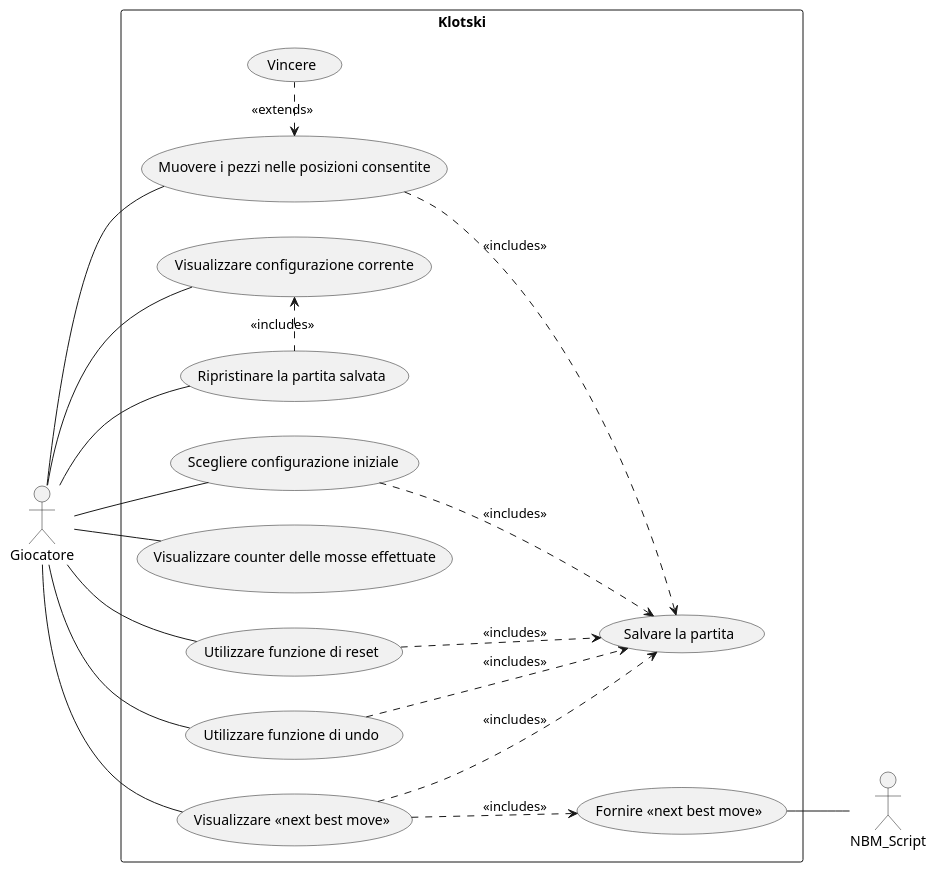
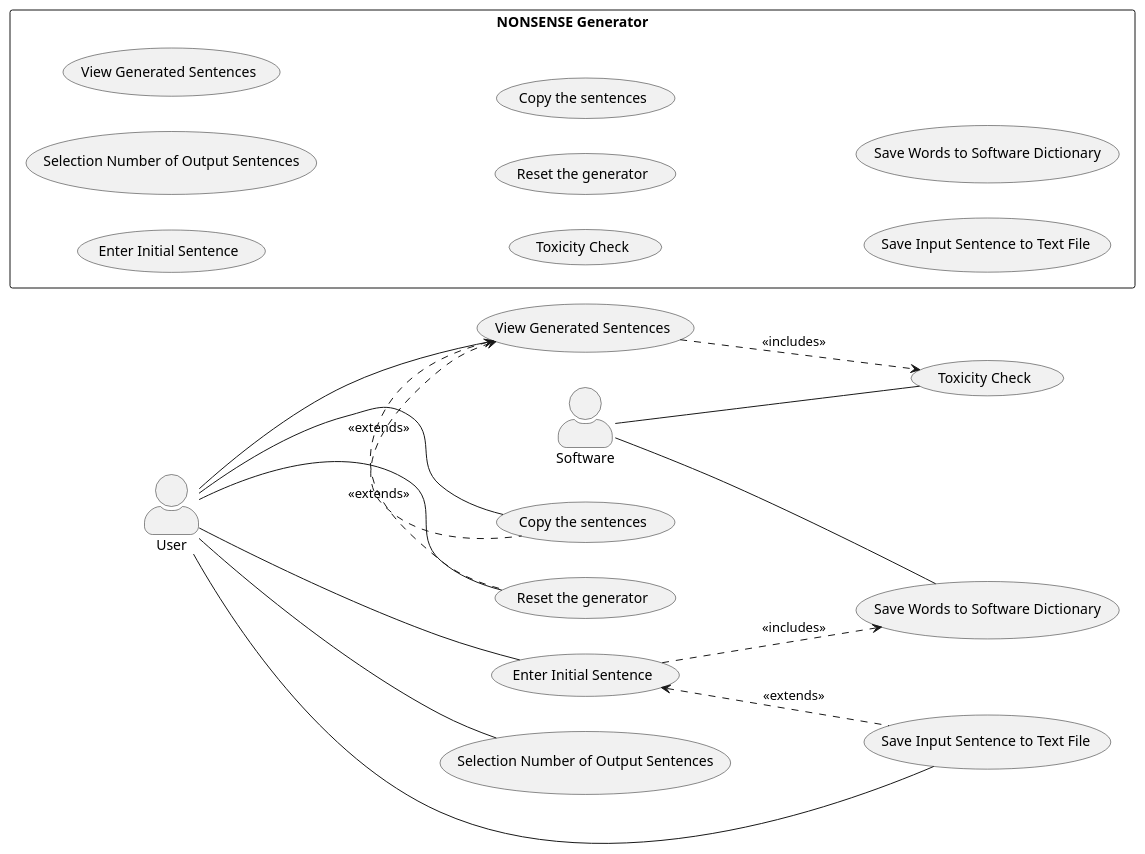
The diagram in docs/resources/Use_Cases.md (giuliagirotto/NONSENSE-generator), drawn with PlantUML before and after one commit. The commit also changed other lines of this file, not shown here.

````diff
--- a/docs/resources/Use_Cases.md
+++ b/docs/resources/Use_Cases.md
@@ -162,42 +308,39 @@
 ```plantuml
 @startuml
 
 left to right direction
+skinparam actorStyle awesome
 
-actor Giocatore
-actor NBM_Script
+actor User
+actor Software
 
-rectangle "Klotski" {
-  usecase "Visualizzare configurazione corrente" as current_conf
-  usecase "Scegliere configurazione iniziale" as init_conf
-  usecase "Visualizzare counter delle mosse effettuate" as counter
-  usecase "Ripristinare la partita salvata" as restore
-  usecase "Salvare la partita" as update_log
-  usecase "Muovere i pezzi nelle posizioni consentite" as move
-  usecase "Vincere" as win
-  usecase "Utilizzare funzione di reset" as reset
-  usecase "Utilizzare funzione di undo" as undo
-  usecase "Fornire «next best move»" as make_nbm
-  usecase "Visualizzare «next best move»" as nbm
+rectangle "NONSENSE Generator" {
+  usecase "Enter Initial Sentence" as UC1
+  usecase "Selection Number of Output Sentences" as UC2
+  usecase "View Generated Sentences" as UC3
+  usecase "Toxicity Check" as UC4
+  usecase "Reset the generator" as UC5
+  usecase "Copy the sentences" as UC6
+  usecase "Save Input Sentence to Text File" as UC7
+  usecase "Save Words to Software Dictionary" as UC8
 }
 
-Giocatore -- current_conf
-Giocatore -- init_conf
-init_conf -down[dashed]-> update_log: "<<includes>>"
-Giocatore -- move
-move -[dashed]-> update_log: "<<includes>>"
-move <-[dashed]right- win: "<<extends>>"
-Giocatore -- counter
-Giocatore -- reset
-reset -[dashed]-> update_log: "<<includes>>"
-Giocatore -- undo
-undo -[dashed]-> update_log: "<<includes>>"
-Giocatore -- nbm
-Giocatore -- restore
-restore -left[dashed]-> current_conf: "<<includes>>"
-NBM_Script -up- make_nbm
-nbm -[dashed]-> make_nbm: "<<includes>>"
-nbm -[dashed]-> update_log: "<<includes>>"
+User -- (Enter Initial Sentence)
+User -- (Selection Number of Output Sentences)
+User -- (View Generated Sentences)
+User -- (Reset the generator)
+User -- (Copy the sentences)
+User -- (Save Input Sentence to Text File)
+
+Software -- (Toxicity Check)
+Software -- (Save Words to Software Dictionary)
+
+(Enter Initial Sentence) -[dashed]-> (Save Words to Software Dictionary) : "<<includes>>"
+(View Generated Sentences) -[dashed]-> (Toxicity Check) : "<<includes>>"
+(View Generated Sentences) <-[dashed]right- (Copy the sentences) : "<<extends>>"
+(View Generated Sentences) <-[dashed]right- (Reset the generator) : "<<extends>>"
+(Enter Initial Sentence) <-[dashed]- (Save Input Sentence to Text File) : "<<extends>>"
+
 
 @enduml
 ```
````
